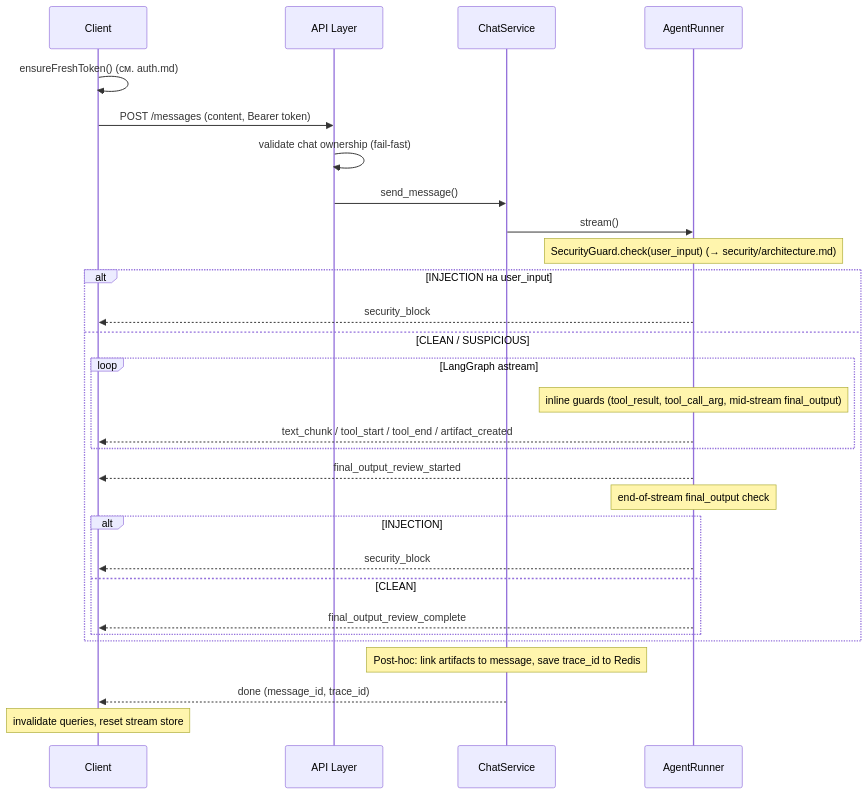
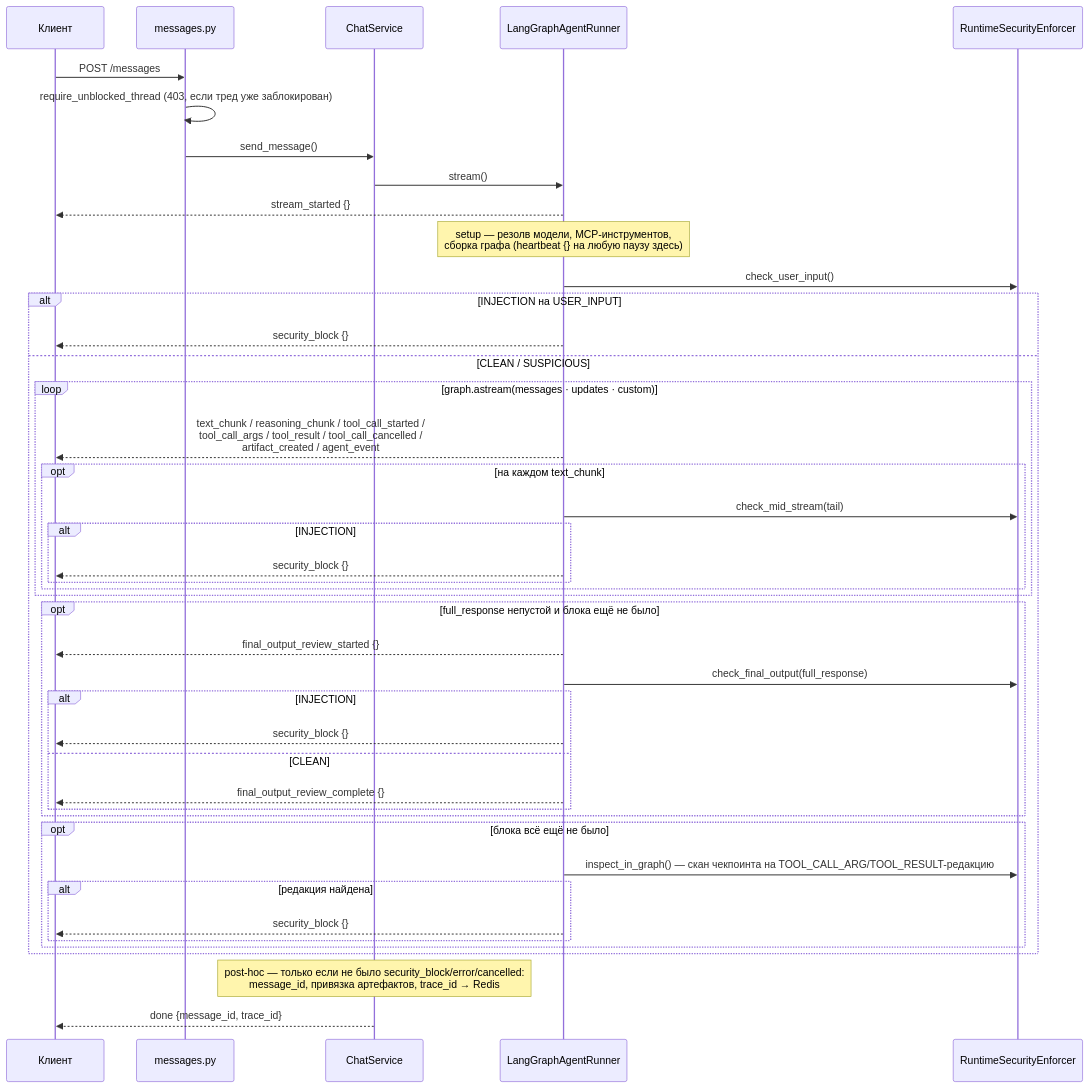
Before and after one commit to Bbar0n234/learnflow-ai: the first of 2 diagrams in doc/tech/streaming.md, drawn with Mermaid. The commit also changed other lines of this file and 3 other files, not shown here.

````diff
--- a/doc/tech/streaming.md
+++ b/doc/tech/streaming.md
@@ -44,35 +113,49 @@
 ```mermaid
 sequenceDiagram
-    participant C as Client
-    participant API as API Layer
+    participant C as Клиент
+    participant API as messages.py
     participant SVC as ChatService
-    participant AGT as AgentRunner
+    participant R as LangGraphAgentRunner
+    participant SEC as RuntimeSecurityEnforcer
 
-    C->>C: ensureFreshToken() (см. auth.md)
-    C->>API: POST /messages (content, Bearer token)
-    API->>API: validate chat ownership (fail-fast)
+    C->>API: POST /messages
+    API->>API: require_unblocked_thread (403, если тред уже заблокирован)
     API->>SVC: send_message()
-    SVC->>AGT: stream()
+    SVC->>R: stream()
+    R-->>C: stream_started {}
 
-    Note over AGT: SecurityGuard.check(user_input) (→ security/architecture.md)
-    alt INJECTION на user_input
-        AGT-->>C: security_block
+    Note over R: setup — резолв модели, MCP-инструментов,<br/>сборка графа (heartbeat {} на любую паузу здесь)
+
+    R->>SEC: check_user_input()
+    alt INJECTION на USER_INPUT
+        R-->>C: security_block {}
     else CLEAN / SUSPICIOUS
-        loop LangGraph astream
-            Note over AGT: inline guards (tool_result, tool_call_arg, mid-stream final_output)
-            AGT-->>C: text_chunk / tool_start / tool_end / artifact_created
+        loop graph.astream(messages · updates · custom)
+            R-->>C: text_chunk / reasoning_chunk / tool_call_started /<br/>tool_call_args / tool_result / tool_call_cancelled /<br/>artifact_created / agent_event
+            opt на каждом text_chunk
+                R->>SEC: check_mid_stream(tail)
+                alt INJECTION
+                    R-->>C: security_block {}
+                end
+            end
         end
-        AGT-->>C: final_output_review_started
-        Note over AGT: end-of-stream final_output check
-        alt INJECTION
-            AGT-->>C: security_block
-        else CLEAN
-            AGT-->>C: final_output_review_complete
+        opt full_response непустой и блока ещё не было
+            R-->>C: final_output_review_started {}
+            R->>SEC: check_final_output(full_response)
+            alt INJECTION
+                R-->>C: security_block {}
+            else CLEAN
+                R-->>C: final_output_review_complete {}
+            end
+        end
+        opt блока всё ещё не было
+            R->>SEC: inspect_in_graph() — скан чекпоинта на TOOL_CALL_ARG/TOOL_RESULT-редакцию
+            alt редакция найдена
+                R-->>C: security_block {}
+            end
         end
     end
 
-    Note over SVC: Post-hoc: link artifacts to message, save trace_id to Redis
-    SVC-->>C: done (message_id, trace_id)
-
-    Note over C: invalidate queries, reset stream store
+    Note over SVC: post-hoc — только если не было security_block/error/cancelled:<br/>message_id, привязка артефактов, trace_id → Redis
+    SVC-->>C: done {message_id, trace_id}
 ```
````
